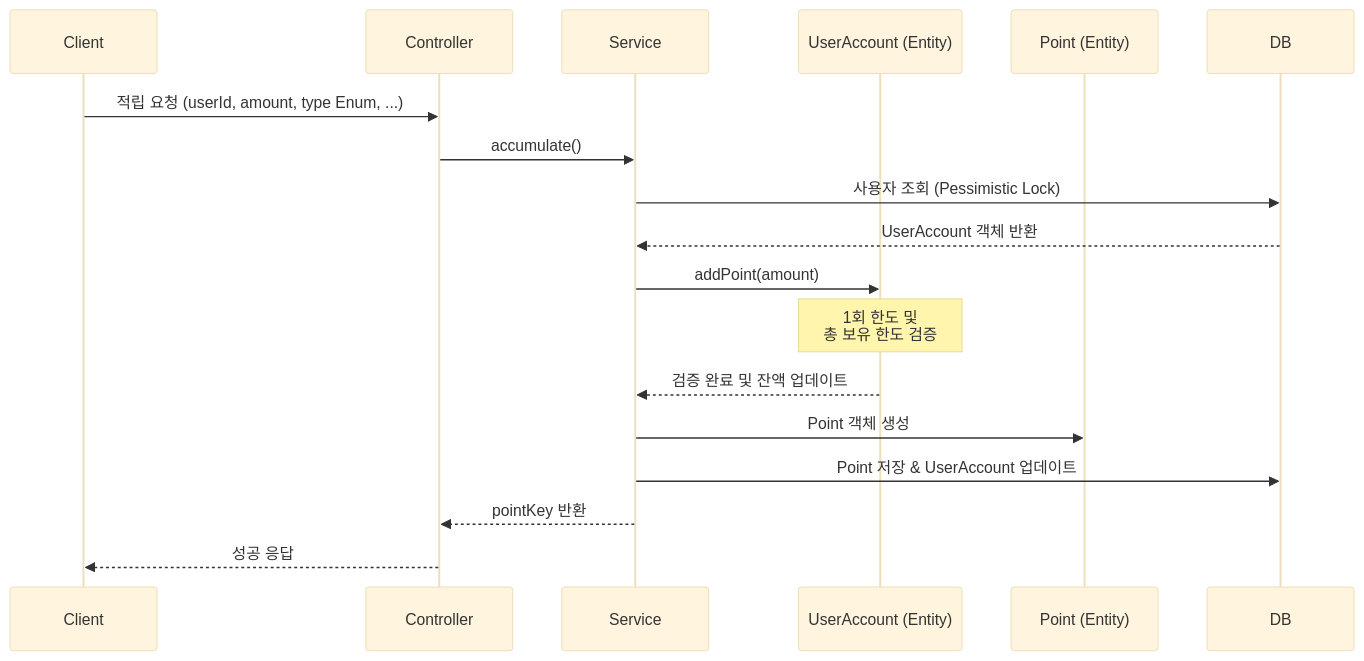
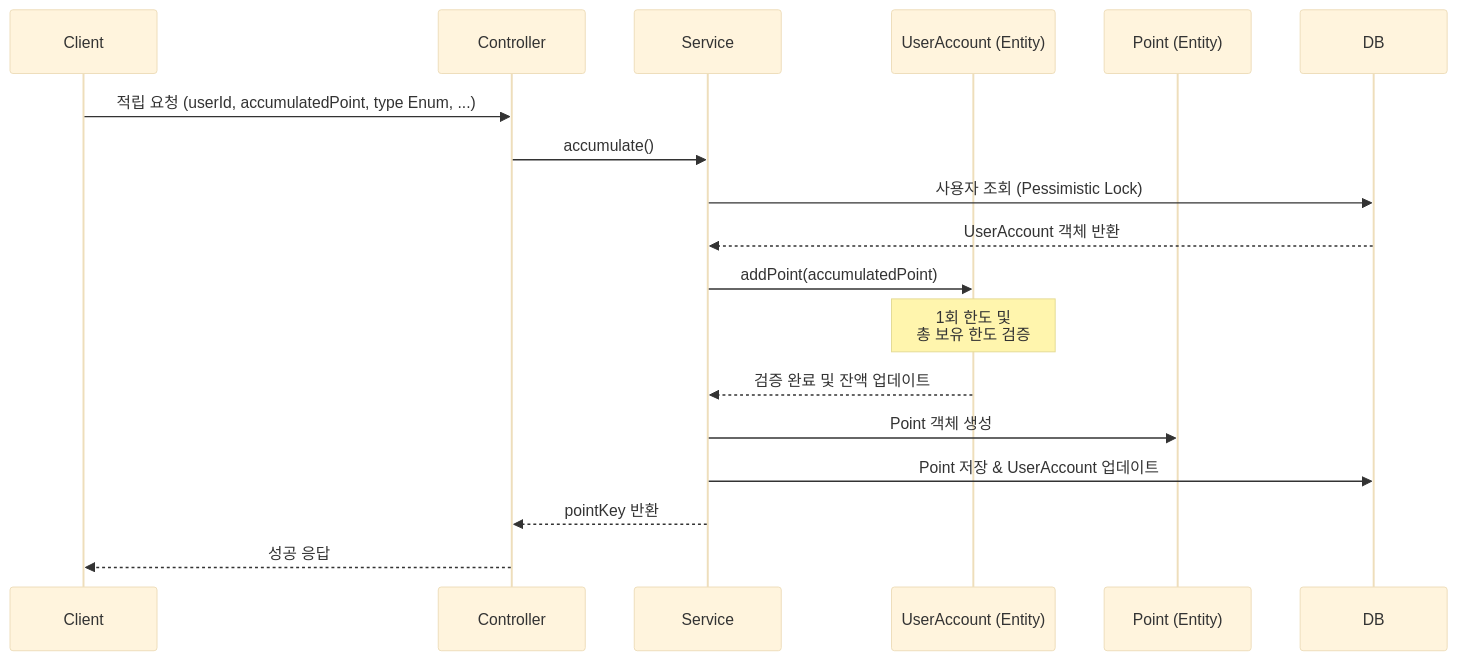
The diagram in docs/api/적립.md (muzzaiwork/point), drawn with Mermaid (base theme) before and after one commit. The commit also changed other lines of this file and 14 other files, not shown here.

Commit message:
Rename total to remaining in UserAccount and update Point entity field names

````diff
--- a/docs/api/적립.md
+++ b/docs/api/적립.md
@@ -60,22 +60,22 @@
 ```mermaid
 sequenceDiagram
     participant Client
     participant Controller
     participant Service
     participant UserAccountEntity as UserAccount (Entity)
     participant PointEntity as Point (Entity)
     participant DB
 
-    Client->>Controller: 적립 요청 (userId, amount, type Enum, ...)
+    Client->>Controller: 적립 요청 (userId, accumulatedPoint, type Enum, ...)
     Controller->>Service: accumulate()
     Service->>DB: 사용자 조회 (Pessimistic Lock)
     DB-->>Service: UserAccount 객체 반환
-    Service->>UserAccountEntity: addPoint(amount)
+    Service->>UserAccountEntity: addPoint(accumulatedPoint)
     Note over UserAccountEntity: 1회 한도 및<br/>총 보유 한도 검증
     UserAccountEntity-->>Service: 검증 완료 및 잔액 업데이트
     
     Service->>PointEntity: Point 객체 생성
     Service->>DB: Point 저장 & UserAccount 업데이트
     Service-->>Controller: pointKey 반환
     Controller-->>Client: 성공 응답
 ```
````
